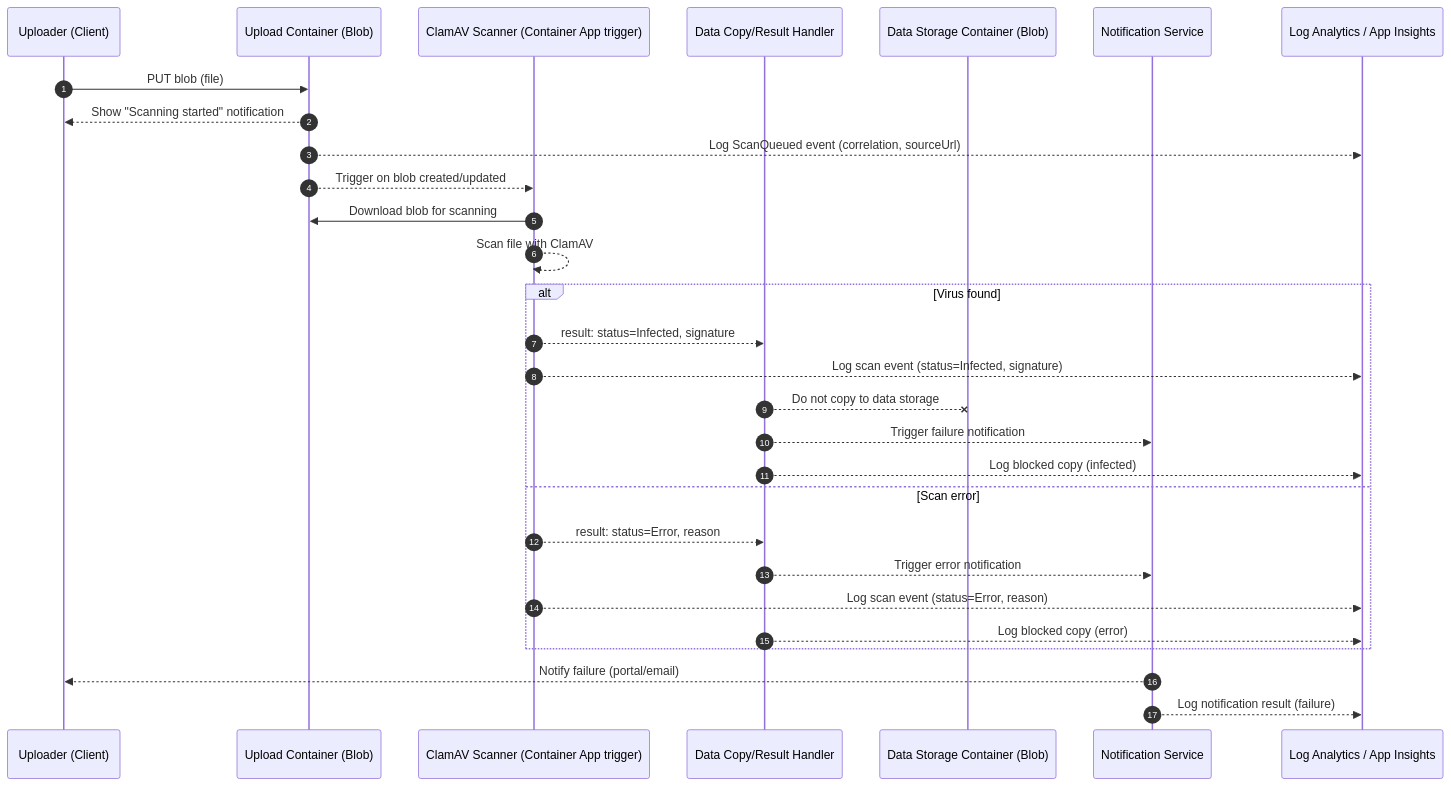
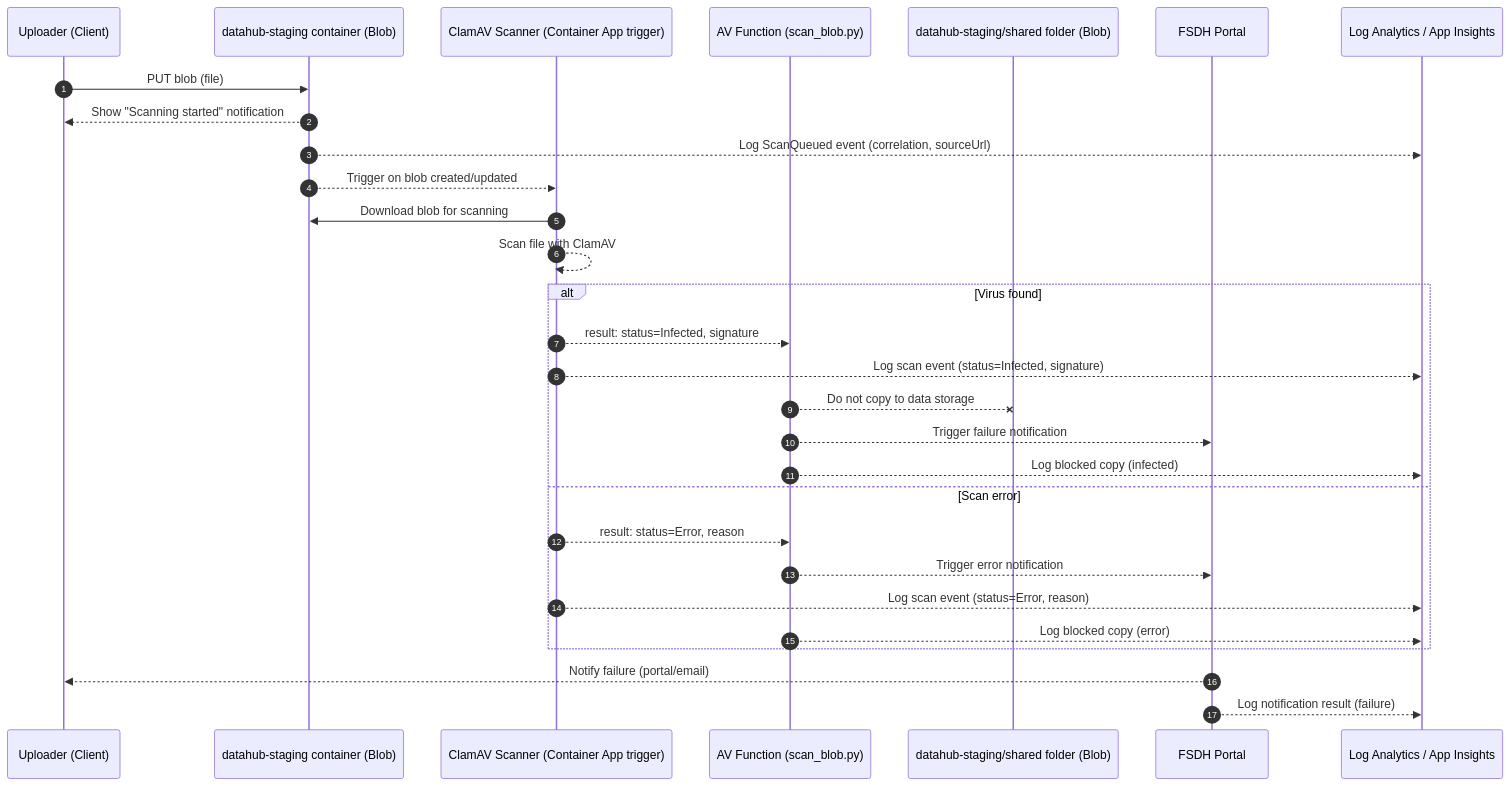
The second of 3 diagrams in DeveloperGuide/ClamAV/clamav-container.md (ssc-sp/datahub-docs), drawn with Mermaid before and after one commit. The commit also changed other lines of this file and 9 other files, not shown here.

````diff
--- a/DeveloperGuide/ClamAV/clamav-container.md
+++ b/DeveloperGuide/ClamAV/clamav-container.md
@@ -63,32 +114,32 @@
 ```mermaid
 sequenceDiagram
 autonumber
 participant U as Uploader (Client)
-participant UC as Upload Container (Blob)
+participant UC as datahub-staging container (Blob)
 participant AV as ClamAV Scanner (Container App trigger)
-participant CF as Data Copy/Result Handler
-participant DC as Data Storage Container (Blob)
-participant N as Notification Service
+participant CF as AV Function (scan_blob.py)
+participant DC as datahub-staging/shared folder (Blob)
+participant N as FSDH Portal
 participant L as Log Analytics / App Insights
 
 U->>UC: PUT blob (file)
 UC-->>U: Show "Scanning started" notification
 UC-->>L: Log ScanQueued event (correlation, sourceUrl)
 UC-->>AV: Trigger on blob created/updated
 AV->>UC: Download blob for scanning
 AV-->>AV: Scan file with ClamAV
 alt Virus found
   AV-->>CF: result: status=Infected, signature
   AV-->>L: Log scan event (status=Infected, signature)
   CF--x DC: Do not copy to data storage
   CF-->>N: Trigger failure notification
   CF-->>L: Log blocked copy (infected)
 else Scan error
   AV-->>CF: result: status=Error, reason
   CF-->>N: Trigger error notification
   AV-->>L: Log scan event (status=Error, reason)
   CF-->>L: Log blocked copy (error)
 end
 N-->>U: Notify failure (portal/email)
 N-->>L: Log notification result (failure)
 ```
````
